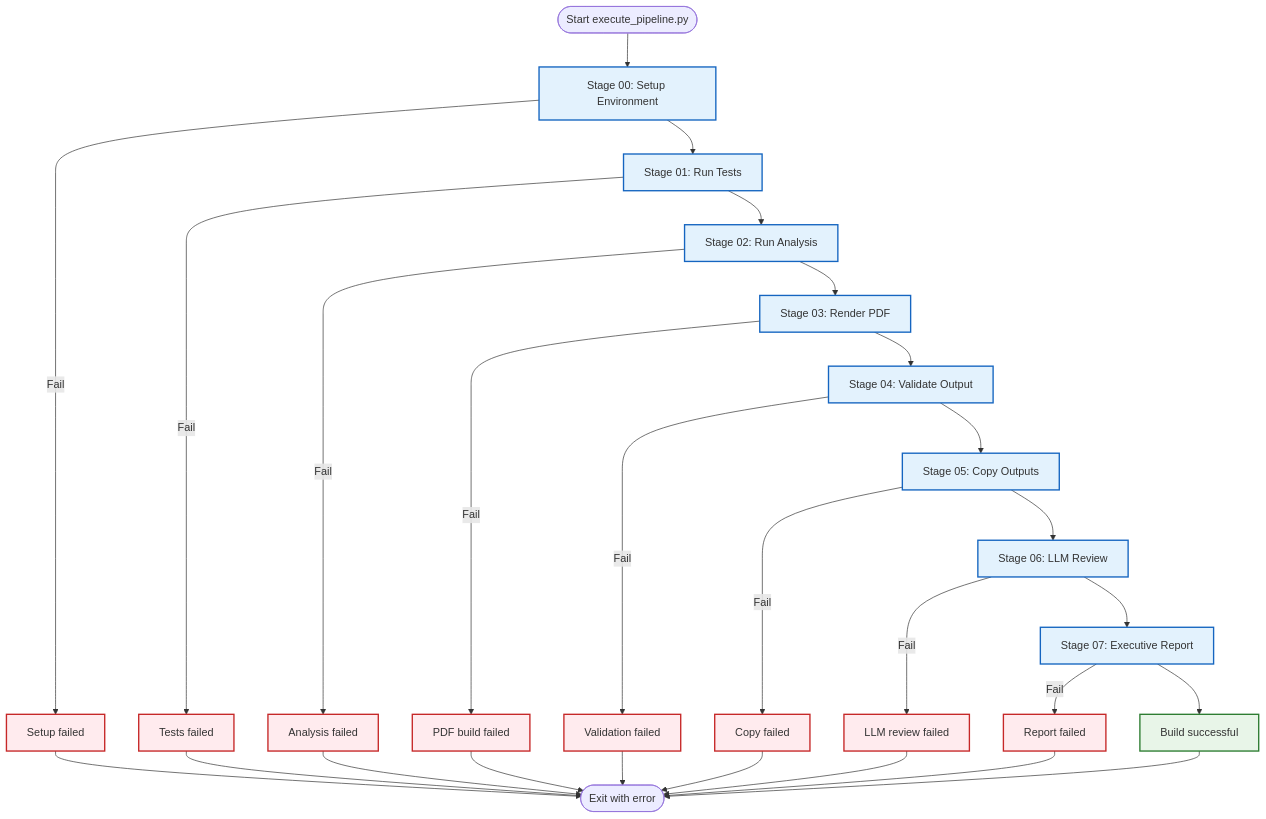
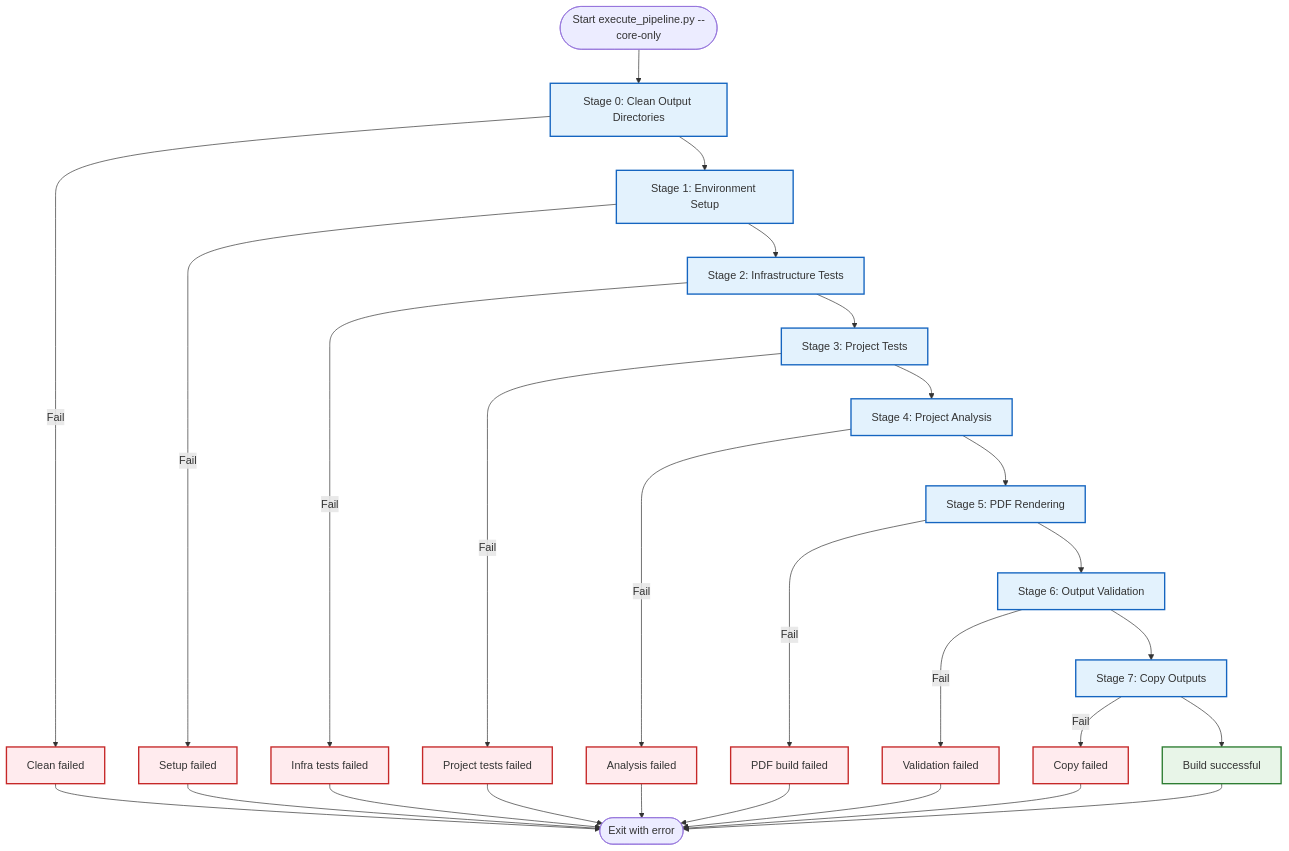
One commit to docxology/template changed the first of 2 diagrams in docs/operational/build/build-system.md. Above: the diagram before and after it, drawn with Mermaid. The commit also changed other lines of this file and 15 other files, not shown here.

````diff
--- a/docs/operational/build/build-system.md
+++ b/docs/operational/build/build-system.md
@@ -44,40 +44,40 @@
 ```mermaid
 flowchart TD
-    START([Start execute_pipeline.py]) --> STAGE0[Stage 00: Setup Environment]
-    STAGE0 --> STAGE1[Stage 01: Run Tests]
-    STAGE1 --> STAGE2[Stage 02: Run Analysis]
-    STAGE2 --> STAGE3[Stage 03: Render PDF]
-    STAGE3 --> STAGE4[Stage 04: Validate Output]
-    STAGE4 --> STAGE5[Stage 05: Copy Outputs]
-    STAGE5 --> STAGE6[Stage 06: LLM Review]
-    STAGE6 --> STAGE7[Stage 07: Executive Report]
+    START([Start execute_pipeline.py --core-only]) --> STAGE0[Stage 0: Clean Output Directories]
+    STAGE0 --> STAGE1[Stage 1: Environment Setup]
+    STAGE1 --> STAGE2[Stage 2: Infrastructure Tests]
+    STAGE2 --> STAGE3[Stage 3: Project Tests]
+    STAGE3 --> STAGE4[Stage 4: Project Analysis]
+    STAGE4 --> STAGE5[Stage 5: PDF Rendering]
+    STAGE5 --> STAGE6[Stage 6: Output Validation]
+    STAGE6 --> STAGE7[Stage 7: Copy Outputs]
     STAGE7 --> SUCCESS[Build successful]
 
-    STAGE0 -->|Fail| FAIL0[Setup failed]
-    STAGE1 -->|Fail| FAIL1[Tests failed]
-    STAGE2 -->|Fail| FAIL2[Analysis failed]
-    STAGE3 -->|Fail| FAIL3[PDF build failed]
-    STAGE4 -->|Fail| FAIL4[Validation failed]
-    STAGE5 -->|Fail| FAIL5[Copy failed]
-    STAGE6 -->|Fail| FAIL6[LLM review failed]
-    STAGE7 -->|Fail| FAIL7[Report failed]
+    STAGE0 -->|Fail| FAIL0[Clean failed]
+    STAGE1 -->|Fail| FAIL1[Setup failed]
+    STAGE2 -->|Fail| FAIL2[Infra tests failed]
+    STAGE3 -->|Fail| FAIL3[Project tests failed]
+    STAGE4 -->|Fail| FAIL4[Analysis failed]
+    STAGE5 -->|Fail| FAIL5[PDF build failed]
+    STAGE6 -->|Fail| FAIL6[Validation failed]
+    STAGE7 -->|Fail| FAIL7[Copy failed]
 
     FAIL0 --> END([Exit with error])
     FAIL1 --> END
     FAIL2 --> END
     FAIL3 --> END
     FAIL4 --> END
     FAIL5 --> END
     FAIL6 --> END
     FAIL7 --> END
 
     SUCCESS --> END
 
     classDef success fill:#e8f5e8,stroke:#2e7d32,stroke-width:2px
     classDef failure fill:#ffebee,stroke:#c62828,stroke-width:2px
     classDef process fill:#e3f2fd,stroke:#1565c0,stroke-width:2px
 
     class SUCCESS success
     class FAIL0,FAIL1,FAIL2,FAIL3,FAIL4,FAIL5,FAIL6,FAIL7 failure
     class STAGE0,STAGE1,STAGE2,STAGE3,STAGE4,STAGE5,STAGE6,STAGE7 process
 ```
````
